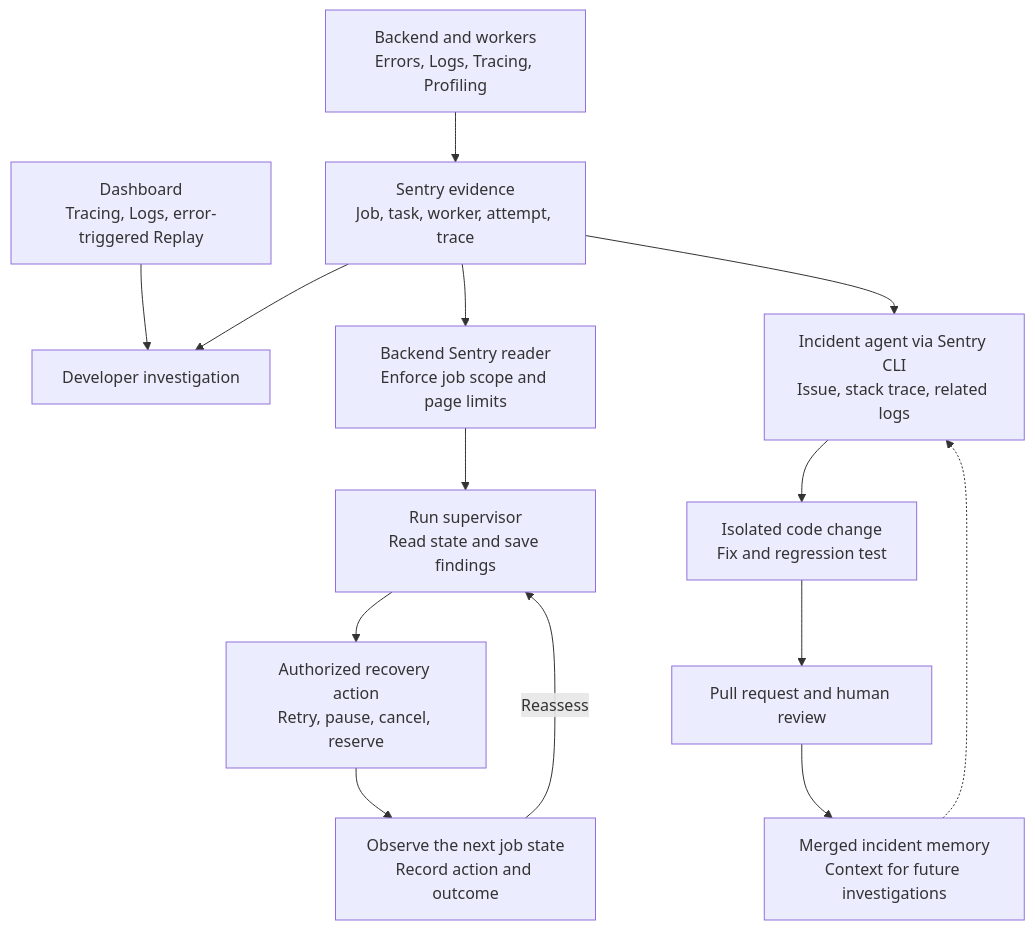
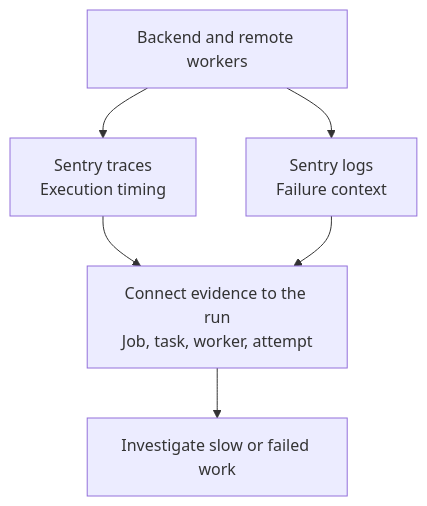
One commit to ji24077/HTN changed the diagram in docs/assets/devpost/sponsor-sentry.mmd. Above: the diagram before and after it, drawn with Mermaid. The commit also changed 4 other files, not shown here.

Commit message:
docs: focus Sentry claims on traces and logs

```diff
--- a/docs/assets/devpost/sponsor-sentry.mmd
+++ b/docs/assets/devpost/sponsor-sentry.mmd
@@ -1,14 +1,6 @@
 flowchart TB
-    P["Backend and workers<br/>Errors, Logs, Tracing, Profiling"] --> E["Sentry evidence<br/>Job, task, worker, attempt, trace"]
-    B["Dashboard<br/>Tracing, Logs, error-triggered Replay"] --> D["Developer investigation"]
-    E --> D
-    E --> Q["Backend Sentry reader<br/>Enforce job scope and page limits"]
-    Q --> S["Run supervisor<br/>Read state and save findings"]
-    S --> A["Authorized recovery action<br/>Retry, pause, cancel, reserve"]
-    A --> O["Observe the next job state<br/>Record action and outcome"]
-    O -->|"Reassess"| S
-    E --> C["Incident agent via Sentry CLI<br/>Issue, stack trace, related logs"]
-    C --> F["Isolated code change<br/>Fix and regression test"]
-    F --> R["Pull request and human review"]
-    R --> M["Merged incident memory<br/>Context for future investigations"]
-    M -.-> C
+    W["Backend and remote workers"] --> T["Sentry traces<br/>Execution timing"]
+    W --> L["Sentry logs<br/>Failure context"]
+    T --> C["Connect evidence to the run<br/>Job, task, worker, attempt"]
+    L --> C
+    C --> D["Investigate slow or failed work"]
```
